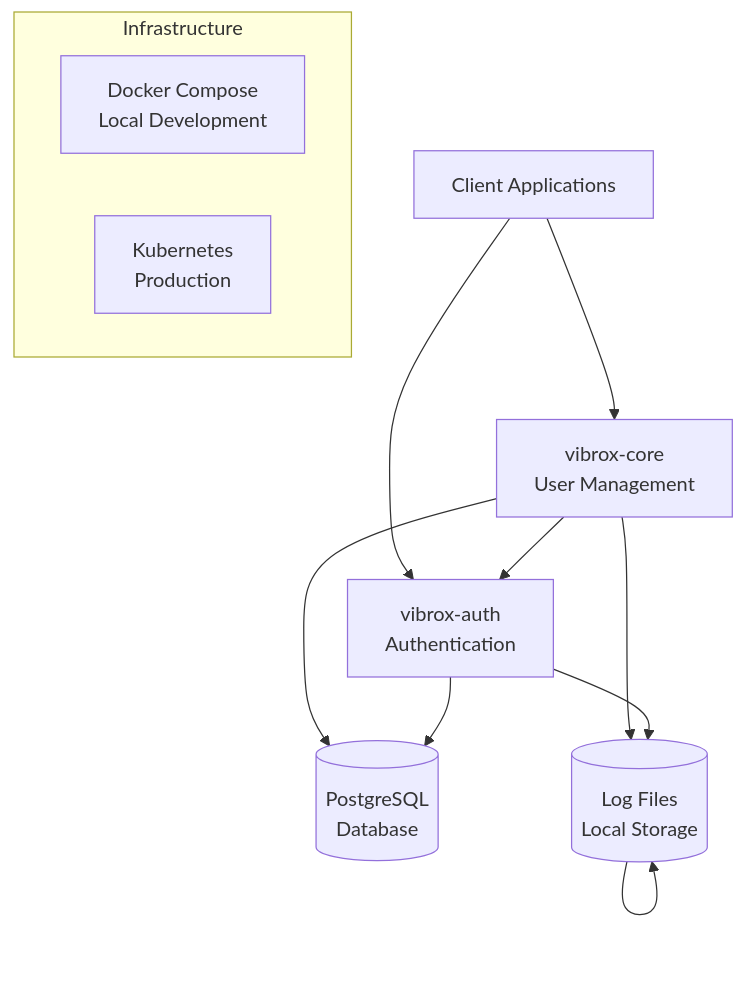
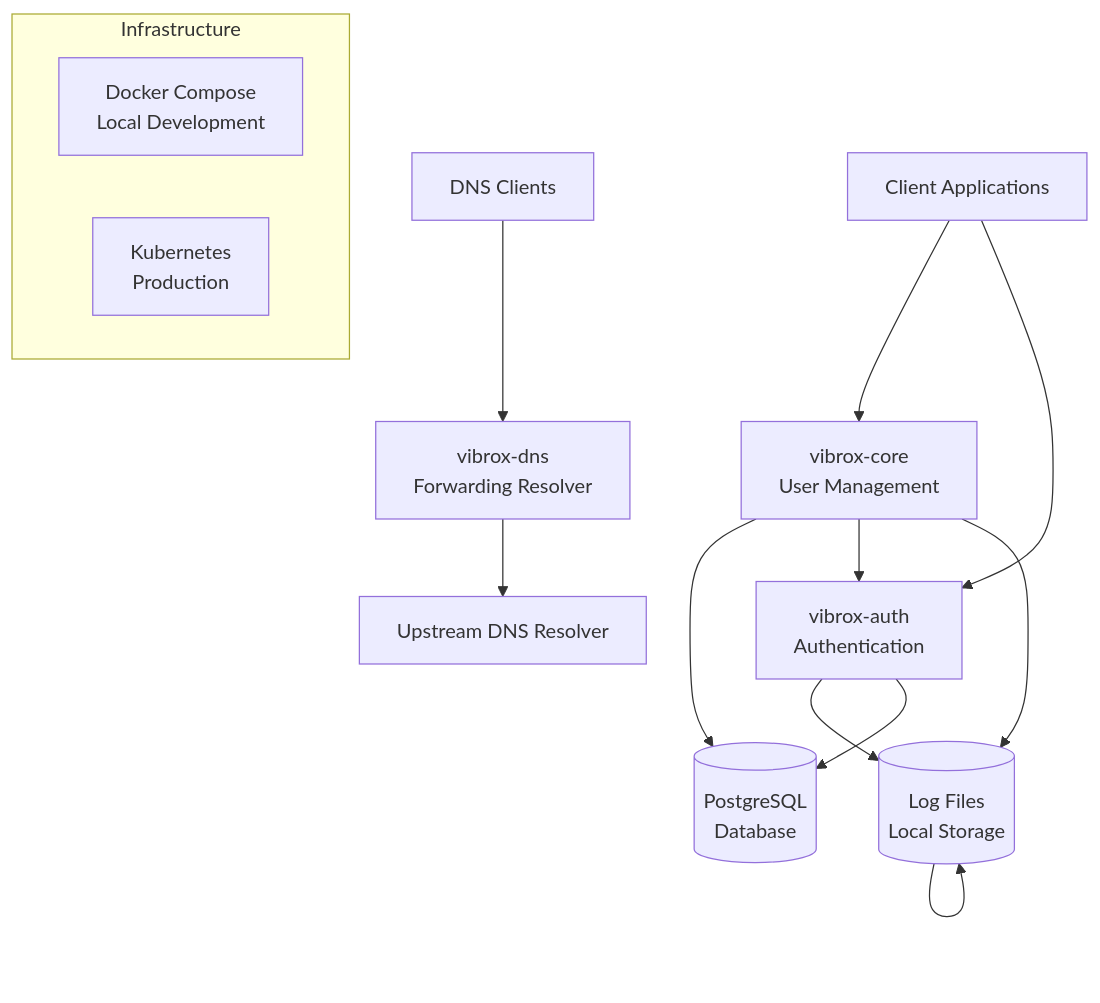
One commit to VibuRoshin25/vibrox-stack changed the first of 2 diagrams in docs/architecture/overview.md. Above: the diagram before and after it, drawn with Mermaid. The commit also changed other lines of this file and 8 other files, not shown here.

Commit message:
feat: :sparkles: add vibrox-dns service and update documentation

````diff
--- a/docs/architecture/overview.md
+++ b/docs/architecture/overview.md
@@ -9,19 +9,22 @@
 ```mermaid
 graph TB
     Client[Client Applications] --> App[vibrox-core<br/>User Management]
     Client --> Auth[vibrox-auth<br/>Authentication]
 
     App --> DB[(PostgreSQL<br/>Database)]
     App --> Auth
     App --> Logger[vibrox-echo<br/>Logging Service]
+
+    DNSClient[DNS Clients] --> DNS[vibrox-dns<br/>Forwarding Resolver]
+    DNS --> Upstream[Upstream DNS Resolver]
 
     Auth --> Logger
     Auth --> DB
 
     Logger --> Logger[(Log Files<br/>Local Storage)]
 
     subgraph "Infrastructure"
         Docker[Docker Compose<br/>Local Development]
         K8s[Kubernetes<br/>Production]
     end
 ```
````
